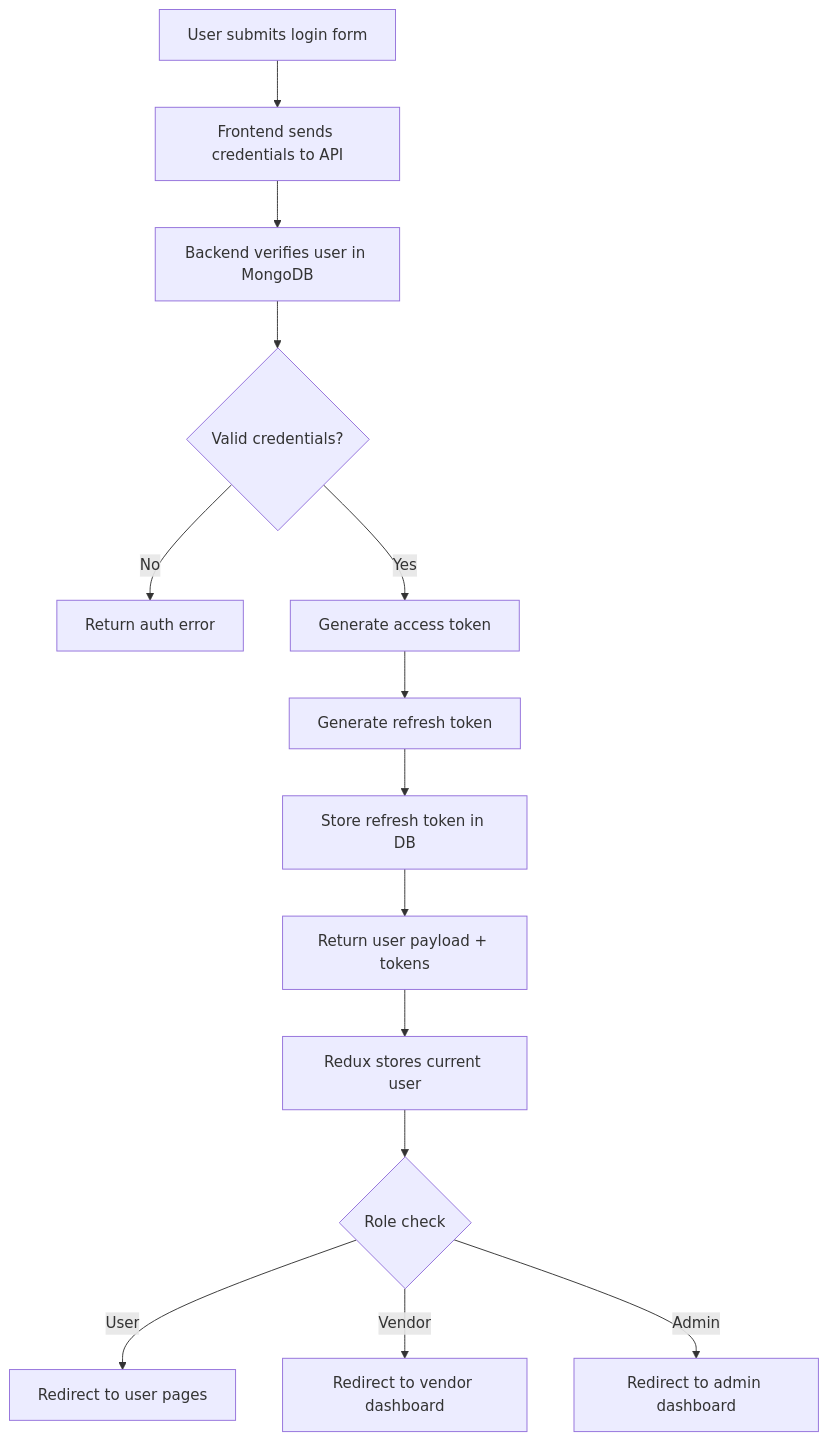
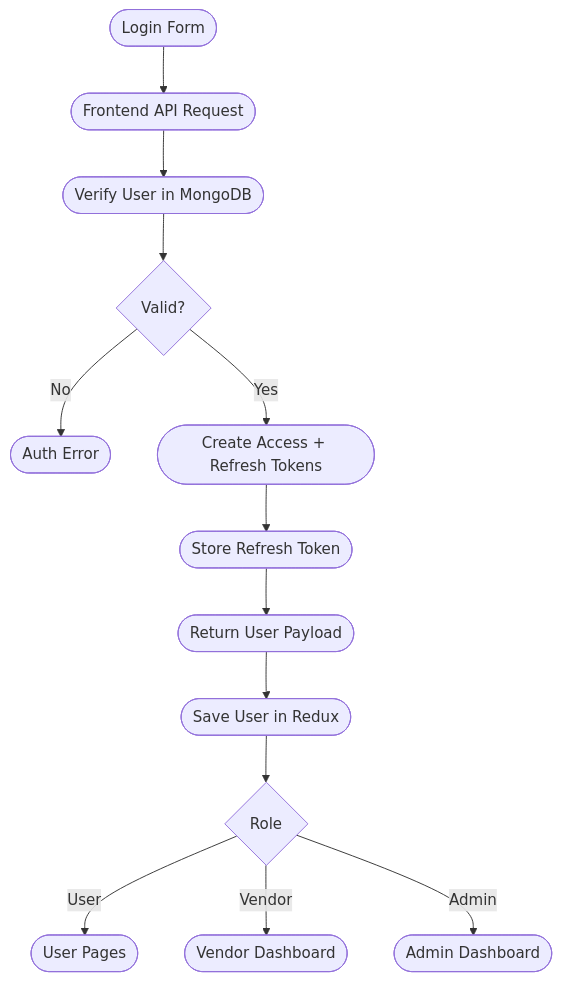
One commit to kushagra751/Rent-A-Ride changed the fifth of 7 diagrams in docs/PROJECT_DIAGRAMS.md. Above: the diagram before and after it, drawn with Mermaid. The commit also changed other lines of this file and 8 other files, not shown here.

Commit message:
diagram2

````diff
--- a/docs/PROJECT_DIAGRAMS.md
+++ b/docs/PROJECT_DIAGRAMS.md
@@ -143,16 +118,15 @@
 ```mermaid
 flowchart TD
-    A["User submits login form"] --> B["Frontend sends credentials to API"]
-    B --> C["Backend verifies user in MongoDB"]
-    C --> D{"Valid credentials?"}
-    D -- No --> E["Return auth error"]
-    D -- Yes --> F["Generate access token"]
-    F --> G["Generate refresh token"]
-    G --> H["Store refresh token in DB"]
-    H --> I["Return user payload + tokens"]
-    I --> J["Redux stores current user"]
-    J --> K{"Role check"}
-    K -- User --> L["Redirect to user pages"]
-    K -- Vendor --> M["Redirect to vendor dashboard"]
-    K -- Admin --> N["Redirect to admin dashboard"]
+    A([Login Form]) --> B([Frontend API Request])
+    B --> C([Verify User in MongoDB])
+    C --> D{Valid?}
+    D -- No --> E([Auth Error])
+    D -- Yes --> F([Create Access + Refresh Tokens])
+    F --> G([Store Refresh Token])
+    G --> H([Return User Payload])
+    H --> I([Save User in Redux])
+    I --> J{Role}
+    J -- User --> K([User Pages])
+    J -- Vendor --> L([Vendor Dashboard])
+    J -- Admin --> M([Admin Dashboard])
 ```
````
